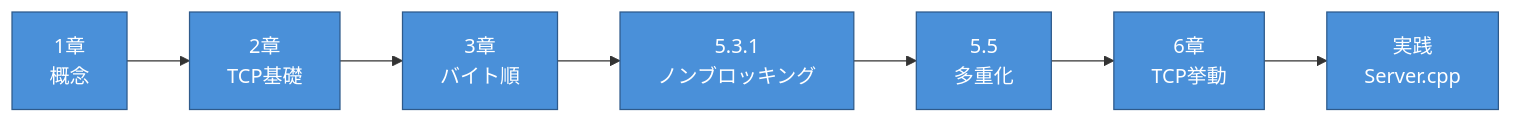
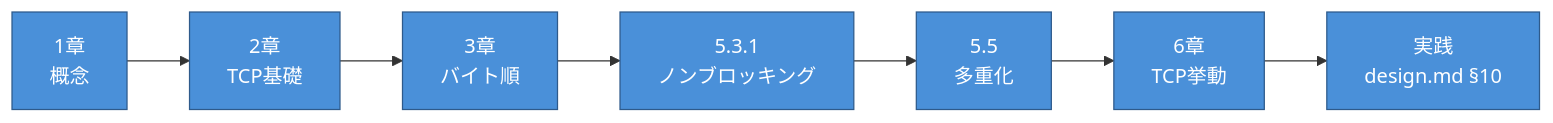
One commit to tototec1234/IRC changed the first of 2 diagrams in dev_docs/onboarding_docs/reading_guide_A.md. Above: the diagram before and after it, drawn with Mermaid. The commit also changed other lines of this file and 10 other files, not shown here.

Commit message:
docs: Phase 3-4 完了を反映し、実装参照を dev_docs SSOT に統一 - phase_plan 実績更新、依存関係・タイムライン図に確定日 - design §10 を Phase 4 新規実装前提のチェックリストに更新 - オンボーディング/ design_review から外部リポジトリ参照を除去 - スタブ配置先を IRC_torinoue/stubs/ に統一

````diff
--- a/dev_docs/onboarding_docs/reading_guide_A.md
+++ b/dev_docs/onboarding_docs/reading_guide_A.md
@@ -18,17 +18,17 @@
 ```mermaid
 flowchart LR
     Ch1["1章<br/>概念"] --> Ch2["2章<br/>TCP基礎"]
     Ch2 --> Ch3["3章<br/>バイト順"]
     Ch3 --> Ch5_3["5.3.1<br/>ノンブロッキング"]
     Ch5_3 --> Ch5_5["5.5<br/>多重化"]
     Ch5_5 --> Ch6["6章<br/>TCP挙動"]
-    Ch6 --> Practice["実践<br/>Server.cpp"]
+    Ch6 --> Practice["実践<br/>design.md §10"]
 
     style Ch1 fill:#4A90D9,stroke:#2E5A8B,color:#fff
     style Ch2 fill:#4A90D9,stroke:#2E5A8B,color:#fff
     style Ch3 fill:#4A90D9,stroke:#2E5A8B,color:#fff
     style Ch5_3 fill:#4A90D9,stroke:#2E5A8B,color:#fff
     style Ch5_5 fill:#4A90D9,stroke:#2E5A8B,color:#fff
     style Ch6 fill:#4A90D9,stroke:#2E5A8B,color:#fff
     style Practice fill:#4A90D9,stroke:#2E5A8B,color:#fff
 ```
````
